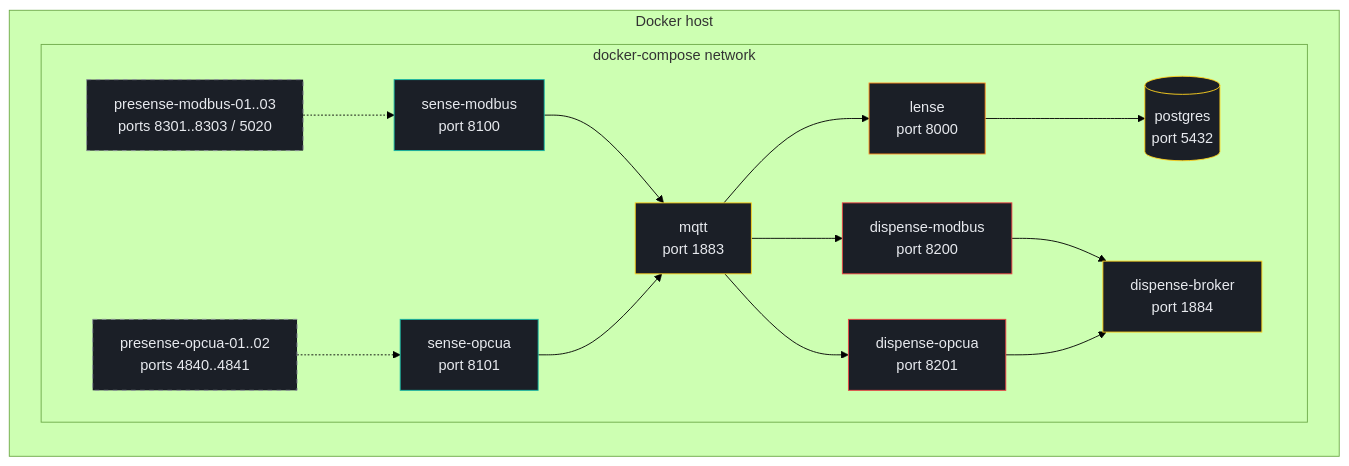
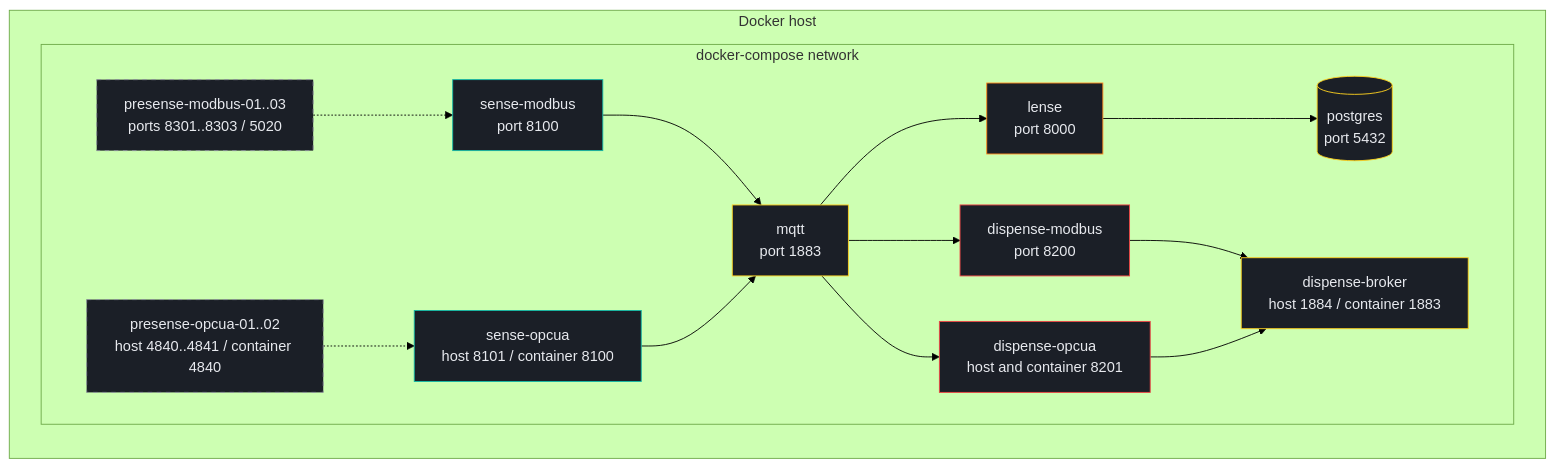
Before and after one commit to Zuendelmeister-Dev/otio: the fourth of 5 diagrams in docs/architecture.md, drawn with Mermaid (forest theme). The commit also changed other lines of this file and 120 other files, not shown here.

````diff
--- a/docs/architecture.md
+++ b/docs/architecture.md
@@ -131,40 +131,40 @@
 ```mermaid
 flowchart LR
     subgraph Host["Docker host"]
         subgraph Network["docker-compose network"]
             PM["presense-modbus-01..03<br/>ports 8301..8303 / 5020"]
-            PO["presense-opcua-01..02<br/>ports 4840..4841"]
+            PO["presense-opcua-01..02<br/>host 4840..4841 / container 4840"]
             SM["sense-modbus<br/>port 8100"]
-            SO["sense-opcua<br/>port 8101"]
+            SO["sense-opcua<br/>host 8101 / container 8100"]
             MQTT["mqtt<br/>port 1883"]
             LENSE["lense<br/>port 8000"]
             PG[("postgres<br/>port 5432")]
             DM["dispense-modbus<br/>port 8200"]
-            DO["dispense-opcua<br/>port 8201"]
-            TARGET["dispense-broker<br/>port 1884"]
+            DO["dispense-opcua<br/>host and container 8201"]
+            TARGET["dispense-broker<br/>host 1884 / container 1883"]
         end
     end
 
     PM -.-> SM
     PO -.-> SO
     SM --> MQTT
     SO --> MQTT
     MQTT --> LENSE
     LENSE --> PG
     MQTT --> DM
     MQTT --> DO
     DM --> TARGET
     DO --> TARGET
 
     classDef presense fill:#1b1f27,stroke:#8a9099,stroke-dasharray:5 5,color:#e7e9ee;
     classDef sense fill:#1b1f27,stroke:#14b8a6,color:#e7e9ee;
     classDef lense fill:#1b1f27,stroke:#ff8a1d,color:#e7e9ee;
     classDef dispense fill:#1b1f27,stroke:#ef4444,color:#e7e9ee;
     classDef system fill:#1b1f27,stroke:#ffd21f,color:#e7e9ee;
 
     class PM,PO presense;
     class SM,SO sense;
     class LENSE lense;
     class DM,DO dispense;
     class MQTT,PG,TARGET system;
 ```
````
